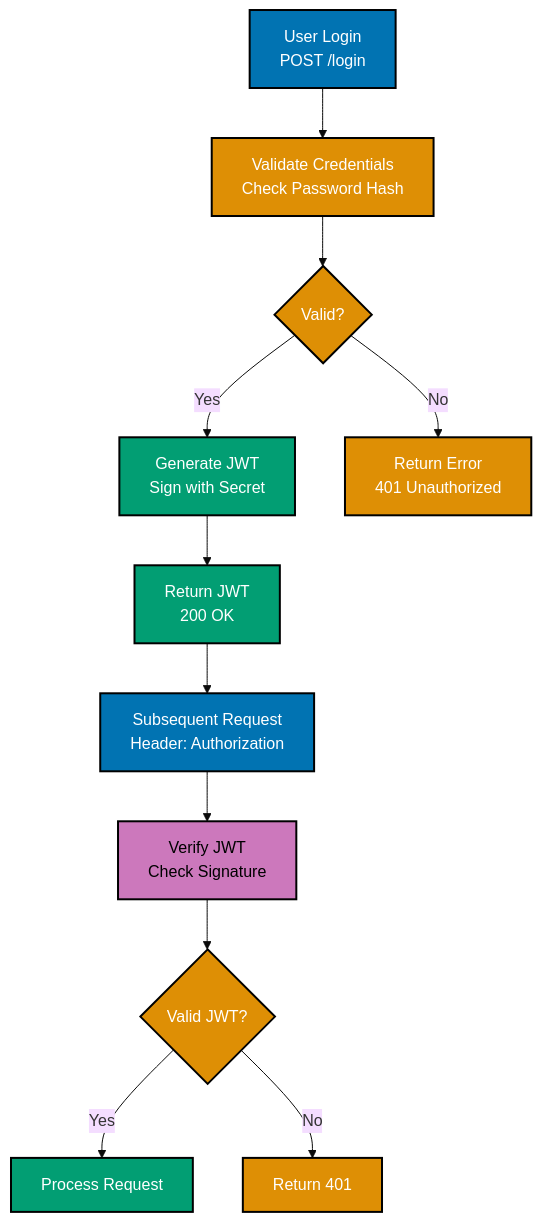
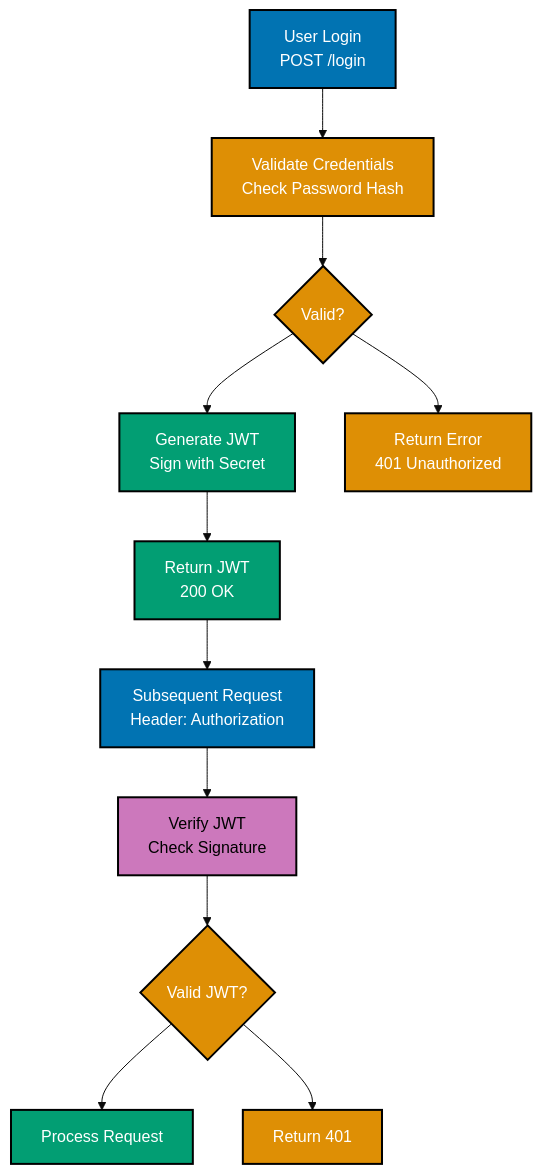
Before and after one commit to wahidyankf/ose-primer: the second of 6 diagrams in docs/explanation/software-engineering/programming-languages/golang/security-standards.md, drawn with Mermaid (base theme). The commit also changed other lines of this file and 11 other files, not shown here.

Commit message:
fix(docs): fix mermaid violations in golang/ docs (batch 3/10)

````diff
--- a/docs/explanation/software-engineering/programming-languages/golang/security-standards.md
+++ b/docs/explanation/software-engineering/programming-languages/golang/security-standards.md
@@ -994,33 +994,33 @@
 ```mermaid
 %% Color Palette: Blue #0173B2, Orange #DE8F05, Teal #029E73, Purple #CC78BC
 %% JWT authentication flow for zakat platform
 
 graph TD
     A["User Login<br/>POST /login"]:::blue
     B["Validate Credentials<br/>Check Password Hash"]:::orange
     C{"Valid?"}:::orange
     D["Generate JWT<br/>Sign with Secret"]:::teal
     E["Return JWT<br/>200 OK"]:::teal
     F["Return Error<br/>401 Unauthorized"]:::orange
     G["Subsequent Request<br/>Header: Authorization"]:::blue
     H["Verify JWT<br/>Check Signature"]:::purple
     I{"Valid JWT?"}:::orange
     J["Process Request"]:::teal
     K["Return 401"]:::orange
 
     A --> B
     B --> C
-    C -->|"Yes"| D
-    C -->|"No"| F
+    C --> D
+    C --> F
     D --> E
     E --> G
     G --> H
     H --> I
-    I -->|"Yes"| J
-    I -->|"No"| K
+    I --> J
+    I --> K
 
     classDef blue fill:#0173B2,stroke:#000000,color:#FFFFFF,stroke-width:2px
     classDef orange fill:#DE8F05,stroke:#000000,color:#FFFFFF,stroke-width:2px
     classDef teal fill:#029E73,stroke:#000000,color:#FFFFFF,stroke-width:2px
     classDef purple fill:#CC78BC,stroke:#000000,color:#000000,stroke-width:2px
 ```
````
